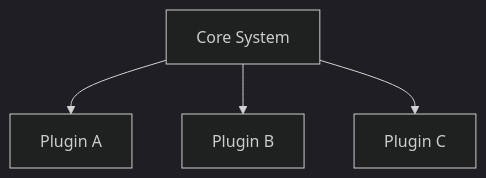
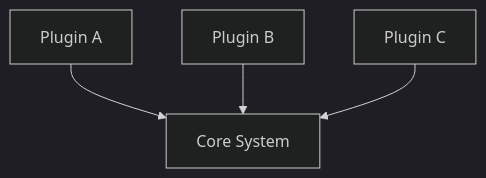
One commit to kholcomb/Architecture changed the diagram in Patterns/implementation/plugins.md. Above: the diagram before and after it, drawn with Mermaid (dark theme). The commit also changed 11 other files, not shown here.

Commit message:
diagram fixes

````diff
--- a/Patterns/implementation/plugins.md
+++ b/Patterns/implementation/plugins.md
@@ -12,7 +12,6 @@
 ```mermaid
 graph TD
-    C[Core System]
-    C --> P1[Plugin A]
-    C --> P2[Plugin B]
-    C --> P3[Plugin C]
+    P1[Plugin A] --> C[Core System]
+    P2[Plugin B] --> C
+    P3[Plugin C] --> C
 ```
````
